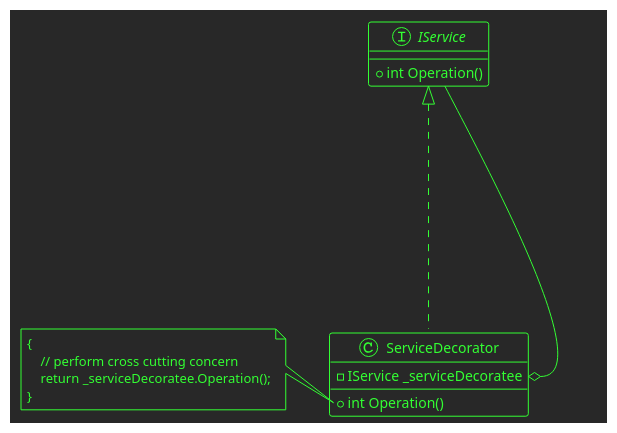
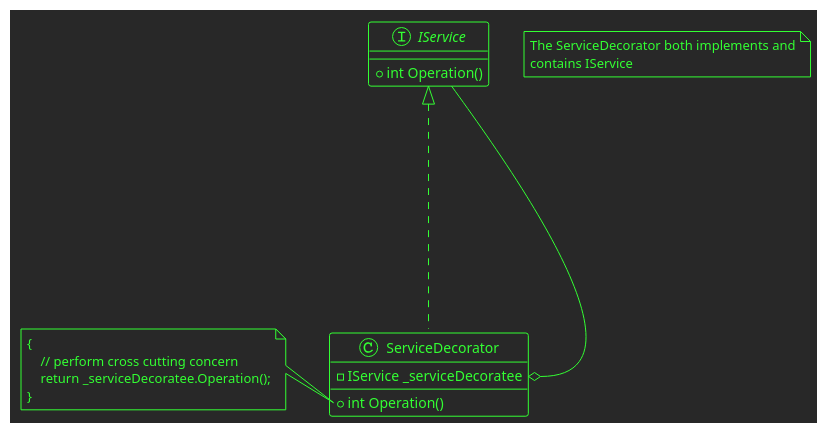
Before and after one commit to d-german/weather-greeting: the diagram in WeatherGreeting/WeatherGreeting/Decorator.puml, drawn with PlantUML.

Commit message:
made some changes

```diff
--- a/WeatherGreeting/WeatherGreeting/Decorator.puml
+++ b/WeatherGreeting/WeatherGreeting/Decorator.puml
@@ -1,23 +1,24 @@
 @startuml
 !theme crt-green
 interface IService {
 + int Operation()
 }
 
 class ServiceDecorator {
 - IService _serviceDecoratee
 + int Operation()
 }
 
 ServiceDecorator ...up|> IService
 ServiceDecorator::_serviceDecoratee o----- IService
 
 note left of ServiceDecorator::Operation
 {
     // perform cross cutting concern
     return _serviceDecoratee.Operation();
 }
 end note
 
+note "The ServiceDecorator both implements and\ncontains IService" as N1
 
 @enduml
```
